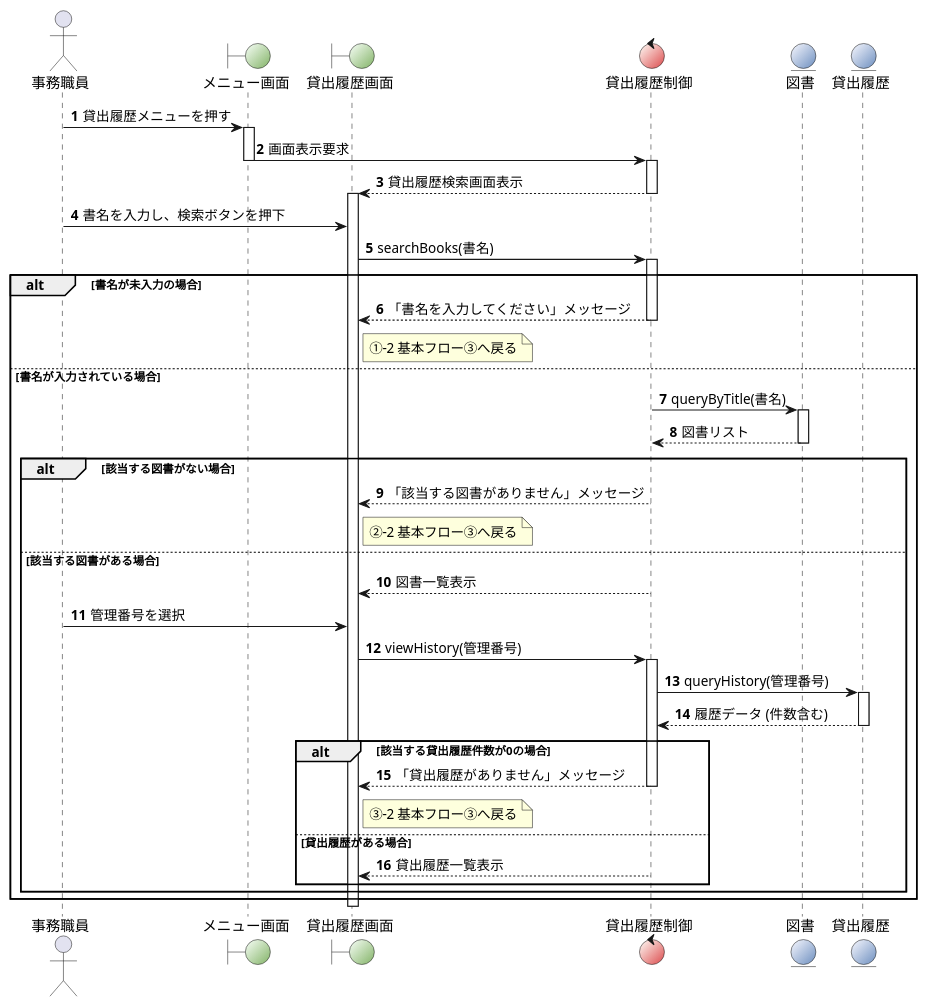
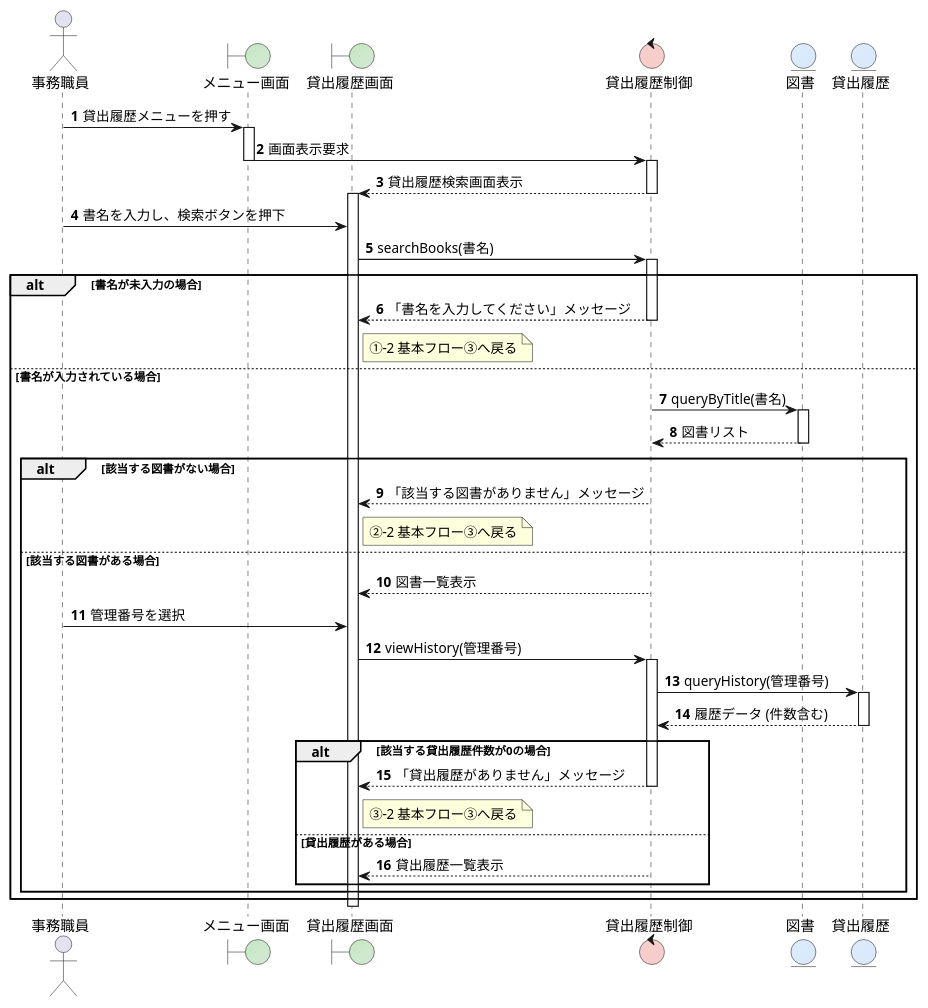
The diagram in sequencs_04.pu (mameiku/group3-4-No.2), drawn with PlantUML before and after one commit. The commit also changed 1 other file, not shown here.

```diff
--- a/sequencs_04.pu
+++ b/sequencs_04.pu
@@ -1,77 +1,77 @@
 @startuml LoanHistoryViewSequence
+skinparam shadowing false
+skinparam defaultMonochrome false 
+skinparam defaultFontColor black
 
 actor "事務職員" as Staff
-' Boundary (緑系) - 色を最大限に薄く調整
-boundary "メニュー画面" as MScreen #F9FFF9/82B366
-boundary "貸出履歴画面" as HScreen #F9FFF9/82B366
-' Control (赤系) - 色を最大限に薄く調整
-control "貸出履歴制御" as HCtrl #FFFFF9/DC4A4C
-' Entity (青系) - 色を最大限に薄く調整
-entity "図書" as Book #F9F9FF/6C8EBF
-entity "貸出履歴" as Loan #F9F9FF/6C8EBF
+boundary "メニュー画面" as MScreen #C5E8C4/D5E8D4
+boundary "貸出履歴画面" as HScreen #C5E8C4/D5E8D4
+control "貸出履歴制御" as HCtrl #F4CDCB/F8CECC
+entity "図書" as Book #DCEBFC/DAE8FC
+entity "貸出履歴" as Loan #DCEBFC/DAE8FC
 
 autonumber
 
 ' ①～② 画面表示
 Staff -> MScreen: 貸出履歴メニューを押す
 activate MScreen
 MScreen -> HCtrl: 画面表示要求
 deactivate MScreen
 activate HCtrl
 HCtrl --> HScreen: 貸出履歴検索画面表示
 deactivate HCtrl
 activate HScreen 
 
 ' 基本フロー ③: 書名検索ボタン押下
 Staff -> HScreen: 書名を入力し、検索ボタンを押下
 
 HScreen -> HCtrl: searchBooks(書名)
 activate HCtrl
 
 ' 代替フロー ①: 書名が未入力の場合の分岐
 alt 書名が未入力の場合
     HCtrl --> HScreen: 「書名を入力してください」メッセージ
     deactivate HCtrl
     note right of HScreen: ①-2 基本フロー③へ戻る
 else 書名が入力されている場合
     
     ' 基本フロー ④: DB検索と結果取得
     HCtrl -> Book: queryByTitle(書名)
     activate Book
     Book --> HCtrl: 図書リスト
     deactivate Book
 
     ' 代替フロー ②: 該当図書がない場合の分岐
     alt 該当する図書がない場合
         HCtrl --> HScreen: 「該当する図書がありません」メッセージ
         deactivate HCtrl
         note right of HScreen: ②-2 基本フロー③へ戻る
     
     else 該当する図書がある場合
         HCtrl --> HScreen: 図書一覧表示
         deactivate HCtrl
 
         ' 基本フロー ⑤: 管理番号選択
         Staff -> HScreen: 管理番号を選択
 
         ' 基本フロー ⑥: 履歴取得
         HScreen -> HCtrl: viewHistory(管理番号)
         activate HCtrl
         HCtrl -> Loan: queryHistory(管理番号)
         activate Loan
         Loan --> HCtrl: 履歴データ (件数含む)
         deactivate Loan
 
         ' 代替フロー ③: 貸出履歴件数が0の場合の分岐
         alt 該当する貸出履歴件数が0の場合
             HCtrl --> HScreen: 「貸出履歴がありません」メッセージ
             deactivate HCtrl
             note right of HScreen: ③-2 基本フロー③へ戻る
         else 貸出履歴がある場合
             HCtrl --> HScreen: 貸出履歴一覧表示
             deactivate HCtrl
         end
     end
 end
 deactivate HScreen 
 @enduml
```
